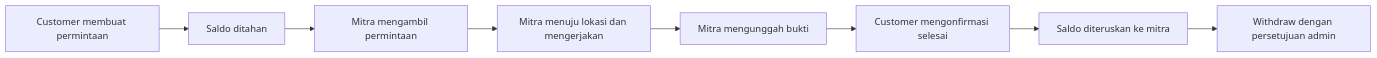
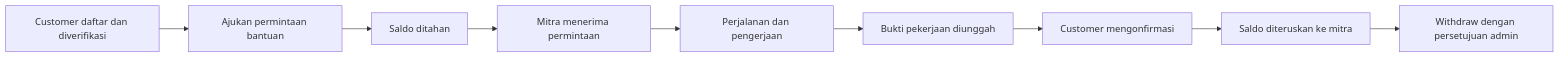
One commit to ArdiannXyz/SayaBantu-Apps changed the diagram in README.md. Above: the diagram before and after it, drawn with Mermaid. The commit also changed other lines of this file, not shown here.

````diff
--- a/README.md
+++ b/README.md
@@ -48,10 +30,11 @@
 ```mermaid
 flowchart LR
-    A[Customer membuat permintaan] --> B[Saldo ditahan]
-    B --> C[Mitra mengambil permintaan]
-    C --> D[Mitra menuju lokasi dan mengerjakan]
-    D --> E[Mitra mengunggah bukti]
-    E --> F[Customer mengonfirmasi selesai]
-    F --> G[Saldo diteruskan ke mitra]
-    G --> H[Withdraw dengan persetujuan admin]
+    A[Customer daftar dan diverifikasi] --> B[Ajukan permintaan bantuan]
+    B --> C[Saldo ditahan]
+    C --> D[Mitra menerima permintaan]
+    D --> E[Perjalanan dan pengerjaan]
+    E --> F[Bukti pekerjaan diunggah]
+    F --> G[Customer mengonfirmasi]
+    G --> H[Saldo diteruskan ke mitra]
+    H --> I[Withdraw dengan persetujuan admin]
 ```
````
